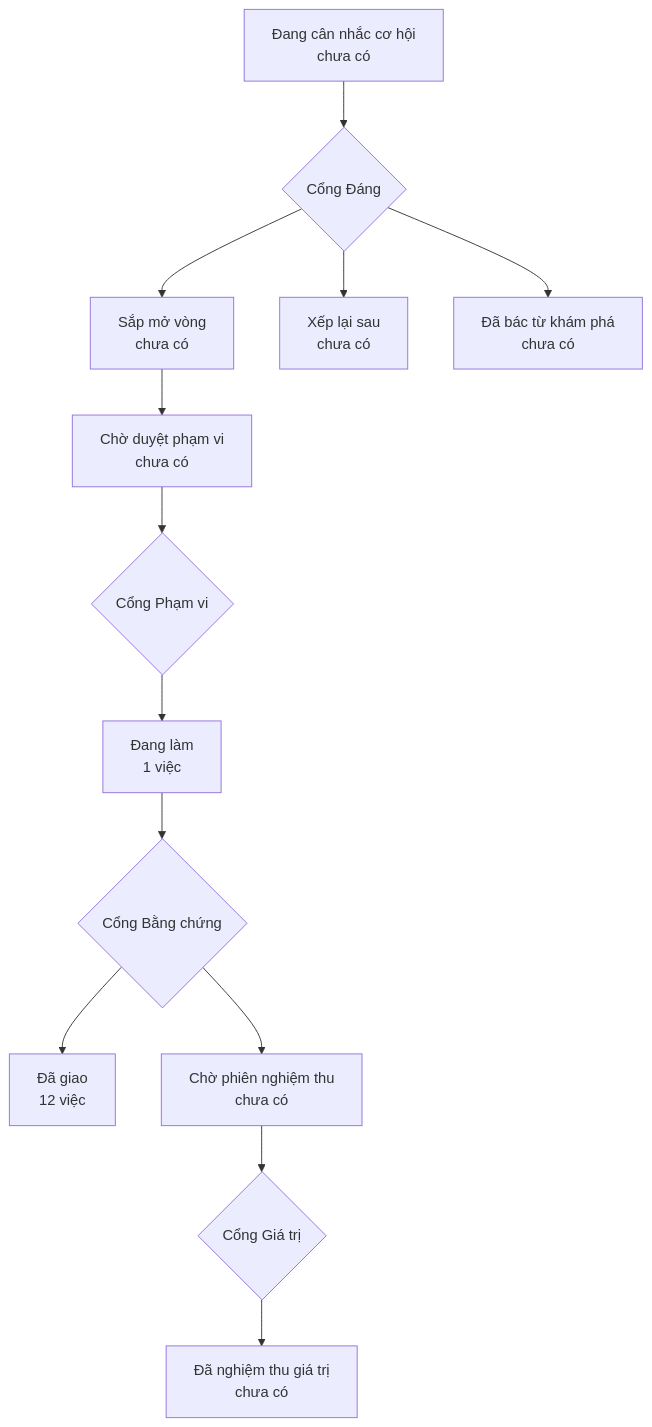
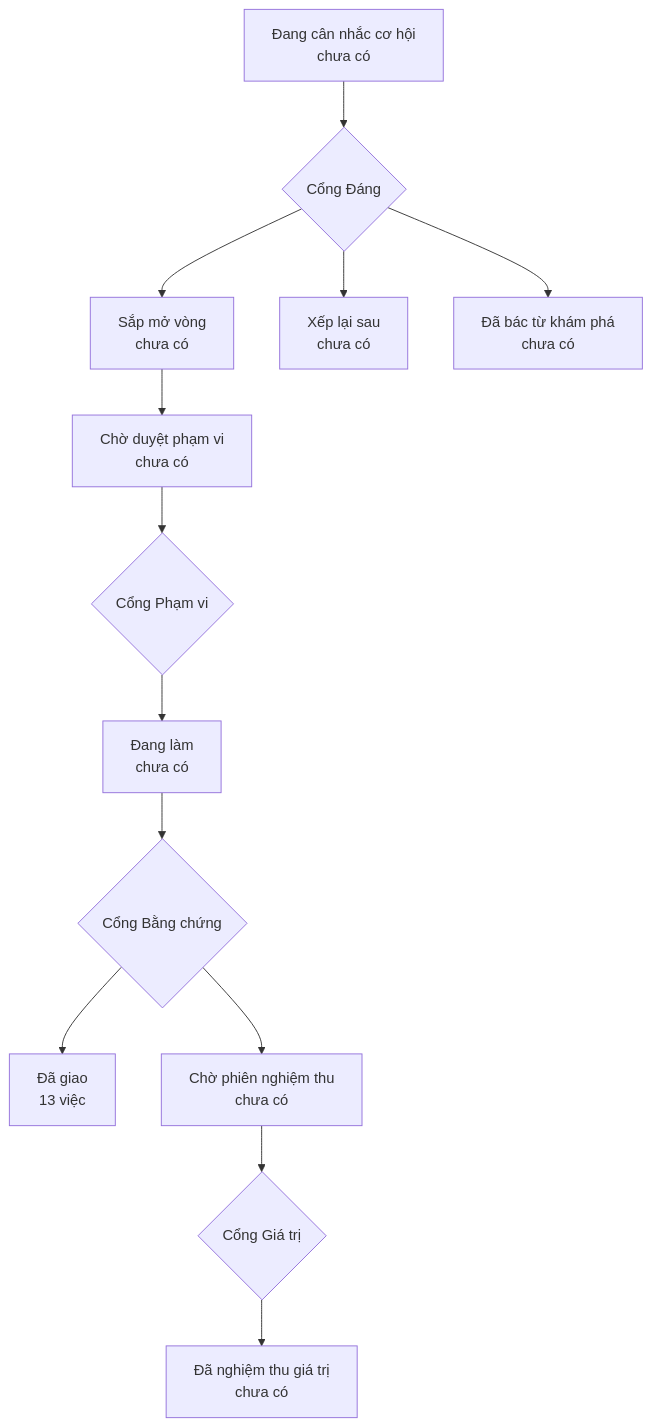
Before and after one commit to phanlemanh/onehub-invest: the diagram in PRODUCT-MAP.md, drawn with Mermaid. The commit also changed other lines of this file and 3 other files, not shown here.

````diff
--- a/PRODUCT-MAP.md
+++ b/PRODUCT-MAP.md
@@ -6,12 +6,12 @@
 ```mermaid
 flowchart TD
   A["Đang cân nhắc cơ hội<br/>chưa có"] --> GD{"Cổng Đáng"}
   GD --> B["Sắp mở vòng<br/>chưa có"]
   GD --> XL["Xếp lại sau<br/>chưa có"]
   GD --> DB["Đã bác từ khám phá<br/>chưa có"]
   B --> CD["Chờ duyệt phạm vi<br/>chưa có"] --> GP{"Cổng Phạm vi"}
-  GP --> DL["Đang làm<br/>1 việc"] --> GB{"Cổng Bằng chứng"}
-  GB --> DG["Đã giao<br/>12 việc"]
+  GP --> DL["Đang làm<br/>chưa có"] --> GB{"Cổng Bằng chứng"}
+  GB --> DG["Đã giao<br/>13 việc"]
   GB --> CN["Chờ phiên nghiệm thu<br/>chưa có"] --> GG{"Cổng Giá trị"}
   GG --> NT["Đã nghiệm thu giá trị<br/>chưa có"]
 ```
````
